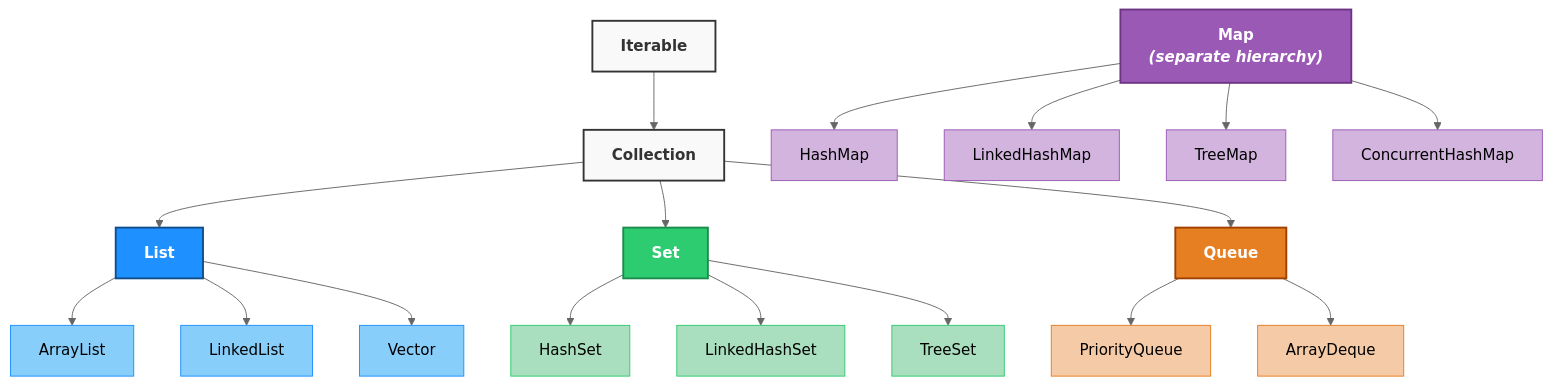
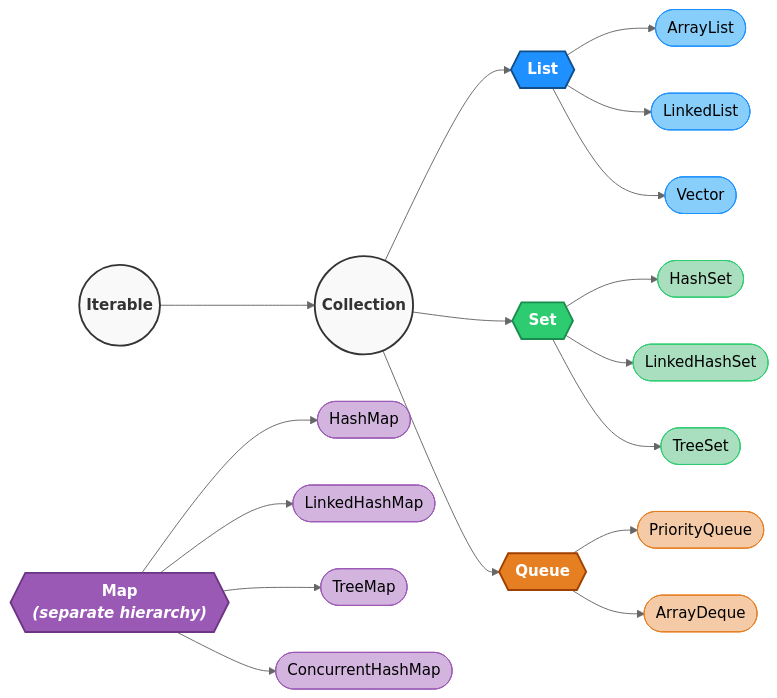
The first of 2 diagrams in docs/java/Collections.md (saivamsikaruturi/vamsilabs-dev-notes-main), drawn with Mermaid (neutral theme) before and after one commit. The commit also changed other lines of this file and 146 other files, not shown here.

Commit message:
Horizontal diagrams, UML class diagrams, typography overhaul, and permalink cleanup

````diff
--- a/docs/java/Collections.md
+++ b/docs/java/Collections.md
@@ -9,41 +9,41 @@
 ```mermaid
-flowchart TD
+flowchart LR
     %% Root
-    Iterable["<b>Iterable</b>"]:::root --> Collection["<b>Collection</b>"]:::root
+    Iterable(("<b>Iterable</b>")):::root --> Collection(("<b>Collection</b>")):::root
 
     %% Branches from Collection
-    Collection --> List["<b>List</b>"]:::listStyle
-    Collection --> Set["<b>Set</b>"]:::setStyle
-    Collection --> Queue["<b>Queue</b>"]:::queueStyle
+    Collection --> List{{"<b>List</b>"}}:::listStyle
+    Collection --> Set{{"<b>Set</b>"}}:::setStyle
+    Collection --> Queue{{"<b>Queue</b>"}}:::queueStyle
 
     %% List implementations
-    List --> ArrayList["ArrayList"]:::listImpl
-    List --> LinkedList["LinkedList"]:::listImpl
-    List --> Vector["Vector"]:::listImpl
+    List --> ArrayList(["ArrayList"]):::listImpl
+    List --> LinkedList(["LinkedList"]):::listImpl
+    List --> Vector(["Vector"]):::listImpl
 
     %% Set implementations
-    Set --> HashSet["HashSet"]:::setImpl
-    Set --> LinkedHashSet["LinkedHashSet"]:::setImpl
-    Set --> TreeSet["TreeSet"]:::setImpl
+    Set --> HashSet(["HashSet"]):::setImpl
+    Set --> LinkedHashSet(["LinkedHashSet"]):::setImpl
+    Set --> TreeSet(["TreeSet"]):::setImpl
 
     %% Queue implementations
-    Queue --> PriorityQueue["PriorityQueue"]:::queueImpl
-    Queue --> ArrayDeque["ArrayDeque"]:::queueImpl
+    Queue --> PriorityQueue(["PriorityQueue"]):::queueImpl
+    Queue --> ArrayDeque(["ArrayDeque"]):::queueImpl
 
     %% Map hierarchy (separate)
-    MapRoot["<b>Map</b><br/><i>(separate hierarchy)</i>"]:::mapStyle --> HashMap["HashMap"]:::mapImpl
-    MapRoot --> LinkedHashMap["LinkedHashMap"]:::mapImpl
-    MapRoot --> TreeMap["TreeMap"]:::mapImpl
-    MapRoot --> ConcurrentHashMap["ConcurrentHashMap"]:::mapImpl
+    MapRoot{{"<b>Map</b><br/><i>(separate hierarchy)</i>"}}:::mapStyle --> HashMap(["HashMap"]):::mapImpl
+    MapRoot --> LinkedHashMap(["LinkedHashMap"]):::mapImpl
+    MapRoot --> TreeMap(["TreeMap"]):::mapImpl
+    MapRoot --> ConcurrentHashMap(["ConcurrentHashMap"]):::mapImpl
 
     %% Styles
     classDef root fill:#f9f9f9,stroke:#333,stroke-width:2px,color:#333
     classDef listStyle fill:#1e90ff,stroke:#104e8b,stroke-width:2px,color:#fff,font-weight:bold
     classDef listImpl fill:#87cefa,stroke:#1e90ff,stroke-width:1px,color:#000
     classDef setStyle fill:#2ecc71,stroke:#1a8c4e,stroke-width:2px,color:#fff,font-weight:bold
     classDef setImpl fill:#a9dfbf,stroke:#2ecc71,stroke-width:1px,color:#000
     classDef queueStyle fill:#e67e22,stroke:#a04000,stroke-width:2px,color:#fff,font-weight:bold
     classDef queueImpl fill:#f5cba7,stroke:#e67e22,stroke-width:1px,color:#000
     classDef mapStyle fill:#9b59b6,stroke:#6c3483,stroke-width:2px,color:#fff,font-weight:bold
     classDef mapImpl fill:#d2b4de,stroke:#9b59b6,stroke-width:1px,color:#000
 ```
````
